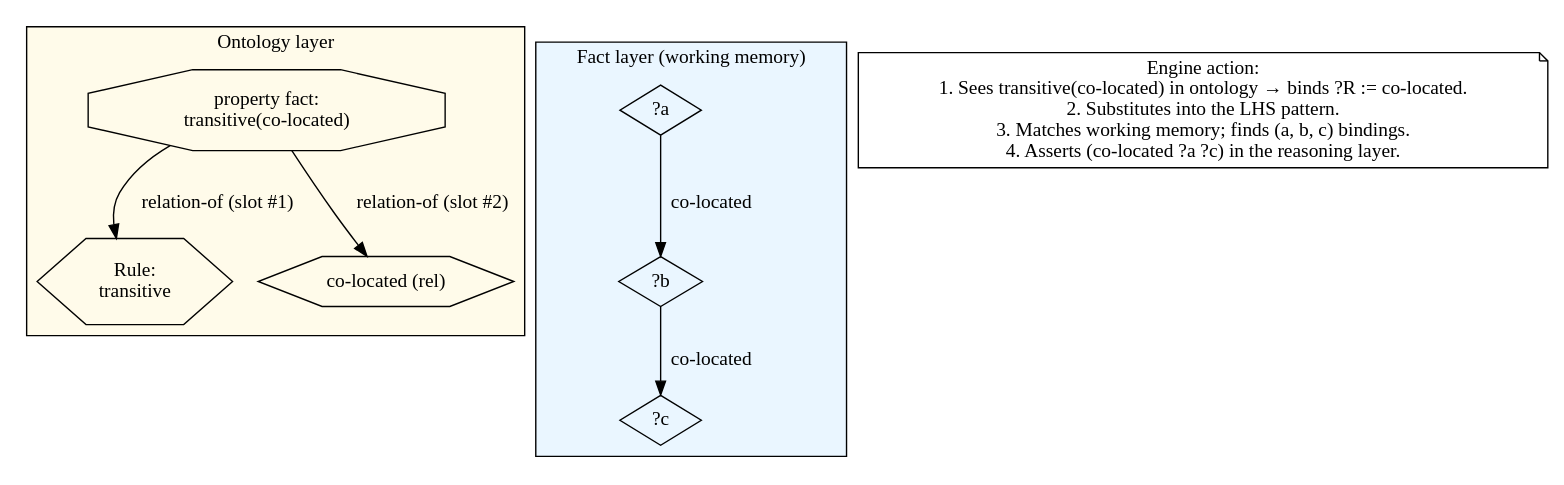
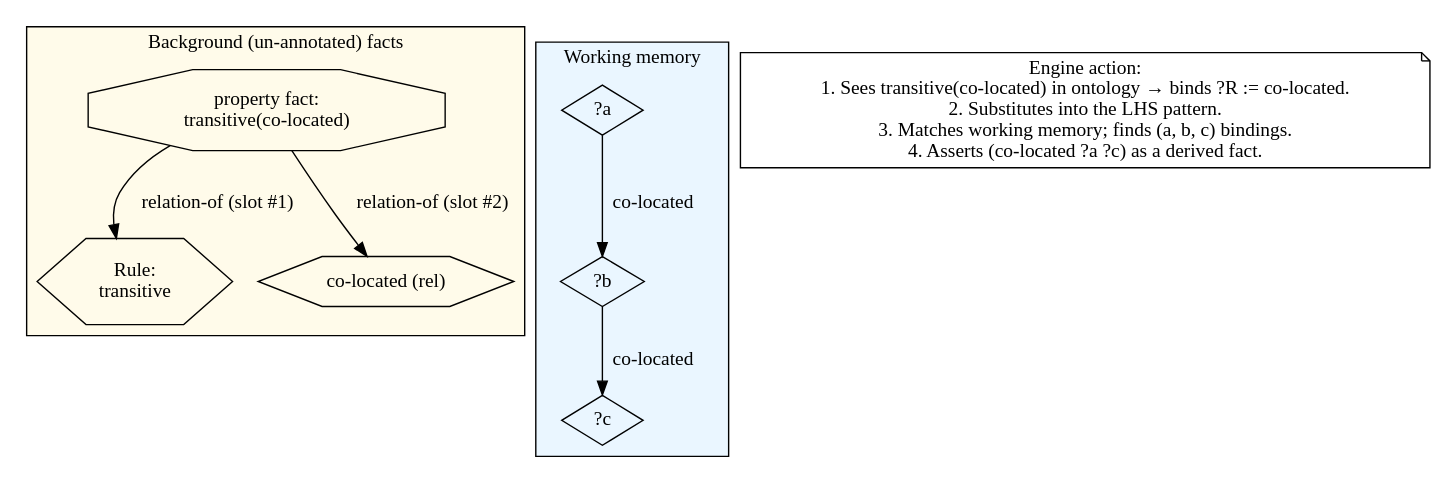
Before and after one commit to agutikov/ein: the fourth of 8 diagrams in docs/kernel/ir/01-ein-graph/02_rules.md, drawn with Graphviz. The commit also changed other lines of this file and 92 other files, not shown here.

````diff
--- a/docs/kernel/ir/01-ein-graph/02_rules.md
+++ b/docs/kernel/ir/01-ein-graph/02_rules.md
@@ -187,30 +187,30 @@
 ```dot
 digraph t2_activation {
   rankdir=TB;
   compound=true;
 
   subgraph cluster_ontology {
-    label="Ontology layer";
+    label="Background (un-annotated) facts";
     style=filled;
     fillcolor="#fffbea";
     rule_trans [shape=hexagon, label="Rule:\ntransitive"];
     rel_coloc  [shape=hexagon, label="co-located (rel)"];
     prop_fact  [shape=octagon, label="property fact:\ntransitive(co-located)"];
     prop_fact -> rule_trans [label="relation-of (slot #1)"];
     prop_fact -> rel_coloc  [label="relation-of (slot #2)"];
   }
 
   subgraph cluster_facts {
-    label="Fact layer (working memory)";
+    label="Working memory";
     style=filled;
     fillcolor="#eaf6ff";
     a [shape=diamond, label="?a"];
     b [shape=diamond, label="?b"];
     c [shape=diamond, label="?c"];
     a -> b [label="co-located"];
     b -> c [label="co-located"];
   }
 
-  note [shape=note, label="Engine action:\n 1. Sees transitive(co-located) in ontology → binds ?R := co-located.\n 2. Substitutes into the LHS pattern.\n 3. Matches working memory; finds (a, b, c) bindings.\n 4. Asserts (co-located ?a ?c) in the reasoning layer."];
+  note [shape=note, label="Engine action:\n 1. Sees transitive(co-located) in ontology → binds ?R := co-located.\n 2. Substitutes into the LHS pattern.\n 3. Matches working memory; finds (a, b, c) bindings.\n 4. Asserts (co-located ?a ?c) as a derived fact."];
 }
 ```
````
